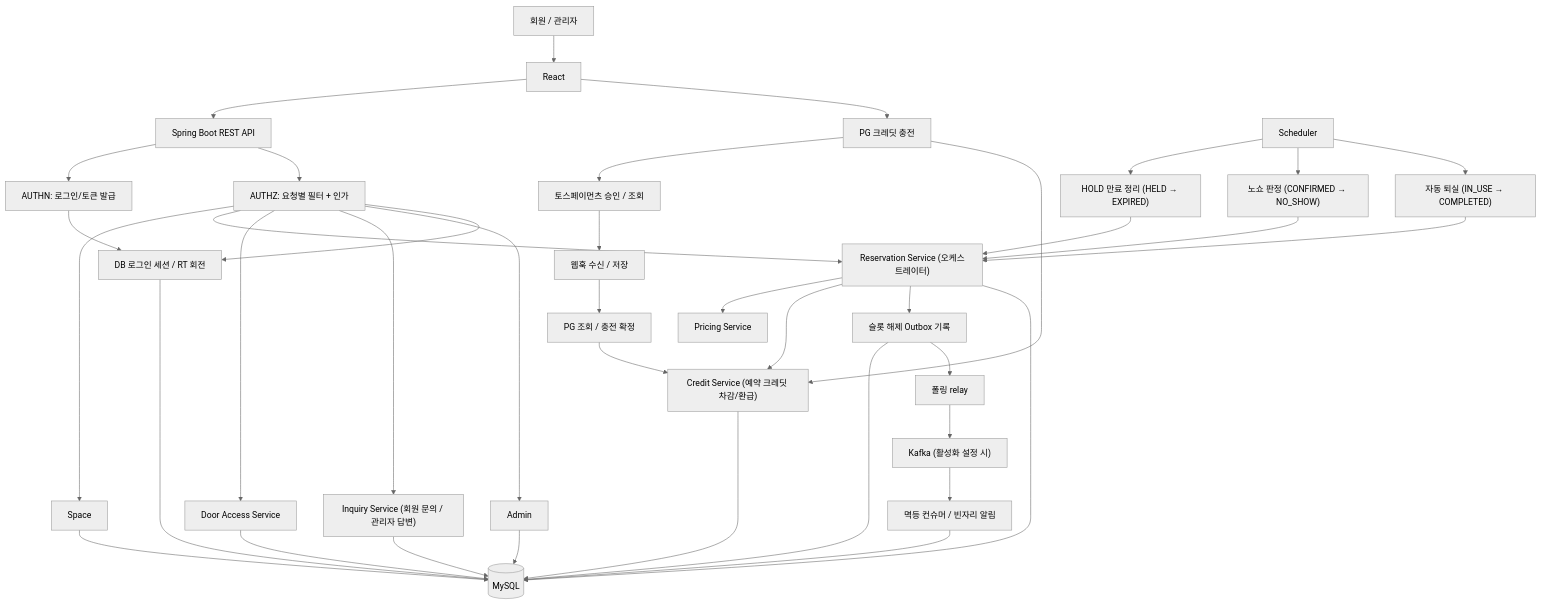
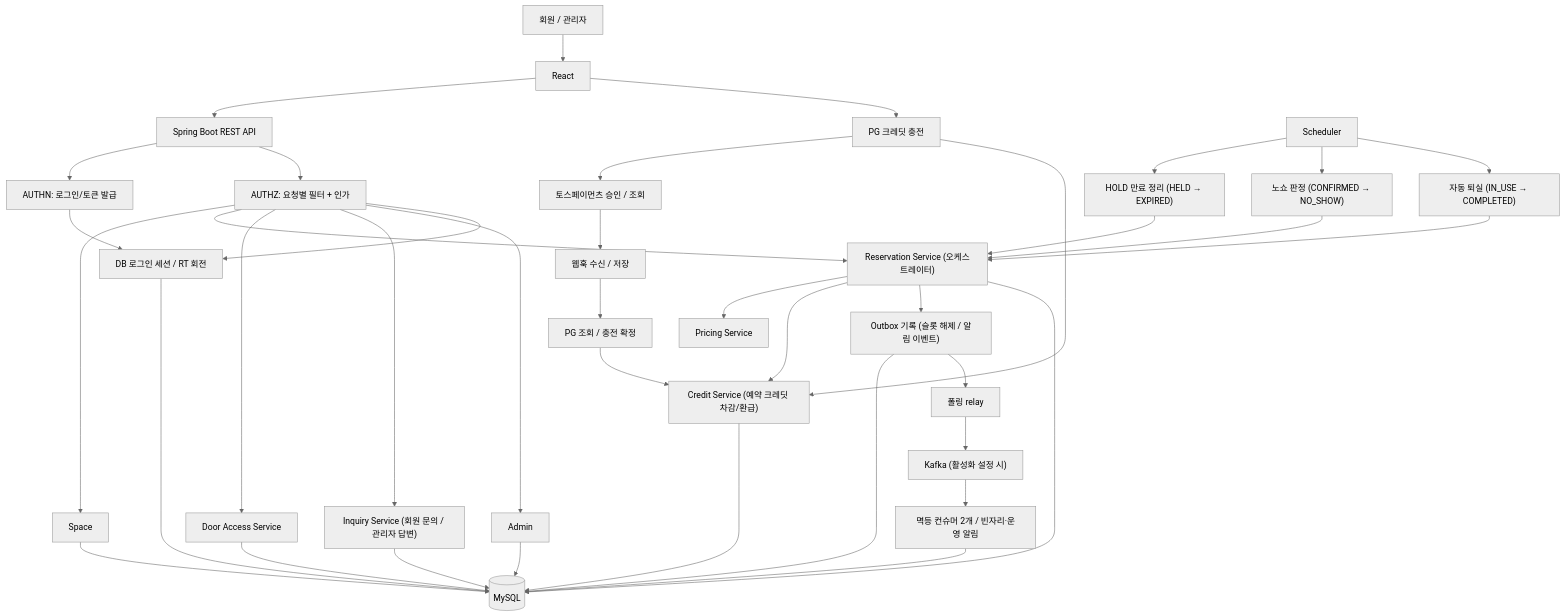
Before and after one commit to Lemnoideae/NBE12-14-3-OVENGERS: the diagram in docs/architecture/system-architecture.md, drawn with Mermaid (neutral theme). The commit also changed other lines of this file and 9 other files, not shown here.

````diff
--- a/docs/architecture/system-architecture.md
+++ b/docs/architecture/system-architecture.md
@@ -32,44 +32,44 @@
 ```mermaid
 flowchart TD
     USER["회원 / 관리자"] --> FE["React"]
     FE --> API["Spring Boot REST API"]
 
     API --> AUTHN["AUTHN: 로그인/토큰 발급"]
     API --> AUTHZ["AUTHZ: 요청별 필터 + 인가"]
     AUTHZ --> SPACE["Space"]
     AUTHZ --> RES["Reservation Service (오케스트레이터)"]
     AUTHZ --> ACCESS["Door Access Service"]
     AUTHZ --> INQUIRY["Inquiry Service (회원 문의 / 관리자 답변)"]
     AUTHZ --> ADMIN["Admin"]
 
     RES --> PRICING["Pricing Service"]
     RES --> CREDIT["Credit Service (예약 크레딧 차감/환급)"]
     AUTHN --> SESSION["DB 로그인 세션 / RT 회전"]
     AUTHZ --> SESSION
     SESSION --> DB
     FE --> CHARGE["PG 크레딧 충전"]
     CHARGE --> PG["토스페이먼츠 승인 / 조회"]
     PG --> WEBHOOK["웹훅 수신 / 저장"]
     WEBHOOK --> RECOVERY["PG 조회 / 충전 확정"]
     RECOVERY --> CREDIT
     CHARGE --> CREDIT
-    RES --> OUTBOX["슬롯 해제 Outbox 기록"]
+    RES --> OUTBOX["Outbox 기록 (슬롯 해제 / 알림 이벤트)"]
     OUTBOX --> DB
     OUTBOX --> RELAY["폴링 relay"]
     RELAY --> KAFKA["Kafka (활성화 설정 시)"]
-    KAFKA --> NOTIFY["멱등 컨슈머 / 빈자리 알림"]
+    KAFKA --> NOTIFY["멱등 컨슈머 2개 / 빈자리·운영 알림"]
     NOTIFY --> DB
     SCHED["Scheduler"] --> JOB1["HOLD 만료 정리 (HELD → EXPIRED)"]
     SCHED --> JOB2["노쇼 판정 (CONFIRMED → NO_SHOW)"]
     SCHED --> JOB3["자동 퇴실 (IN_USE → COMPLETED)"]
     JOB1 --> RES
     JOB2 --> RES
     JOB3 --> RES
 
     SPACE --> DB[("MySQL")]
     RES --> DB
     CREDIT --> DB
     ACCESS --> DB
     INQUIRY --> DB
     ADMIN --> DB
 ```
````
